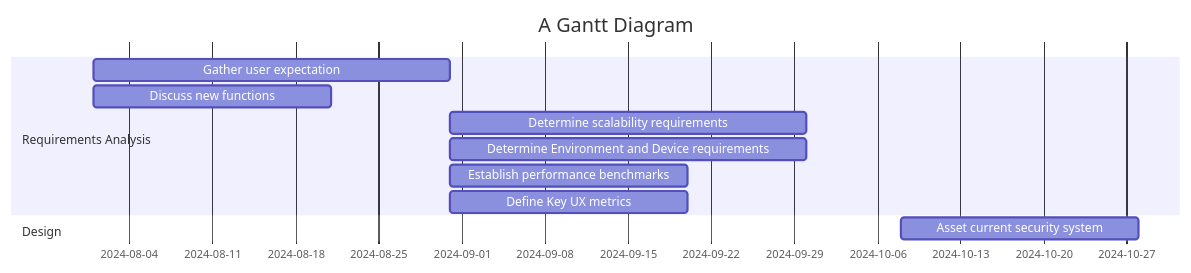
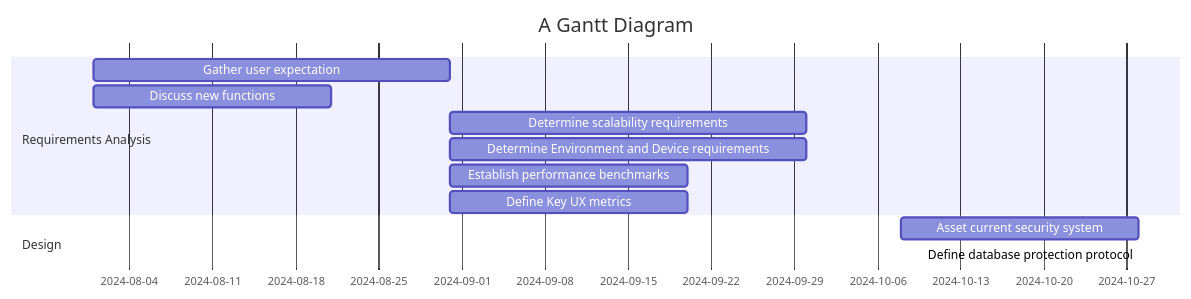
One commit to sayshelley/iodraw-files changed the diagram in all/Untitled-2.md. Above: the diagram before and after it, drawn with Mermaid.

Commit message:
2024-10-05 00:20:17 update

````diff
--- a/all/Untitled-2.md
+++ b/all/Untitled-2.md
@@ -1,24 +1,24 @@
 ```mermaid
 gantt
     title A Gantt Diagram
     dateFormat  YYYY-MM-DD
     section Requirements Analysis
         Gather user expectation: a4, 2024-08-01, 30d
         Discuss new functions: a6, 2024-08-01, 20d
         Determine scalability requirements: a1, after a4, 30d
         Determine Environment and Device requirements: a2, after a4, 30d
         Establish performance benchmarks: a3, after a4, 20d
         Define Key UX metrics: a5, after a4, 20d
         
     section Design
         Asset current security system: b1, 2024-10-08, 20d
-        
+        Define database protection protocol: b
 
     section Develop
 
 
     
 
 
    
 ```
````
